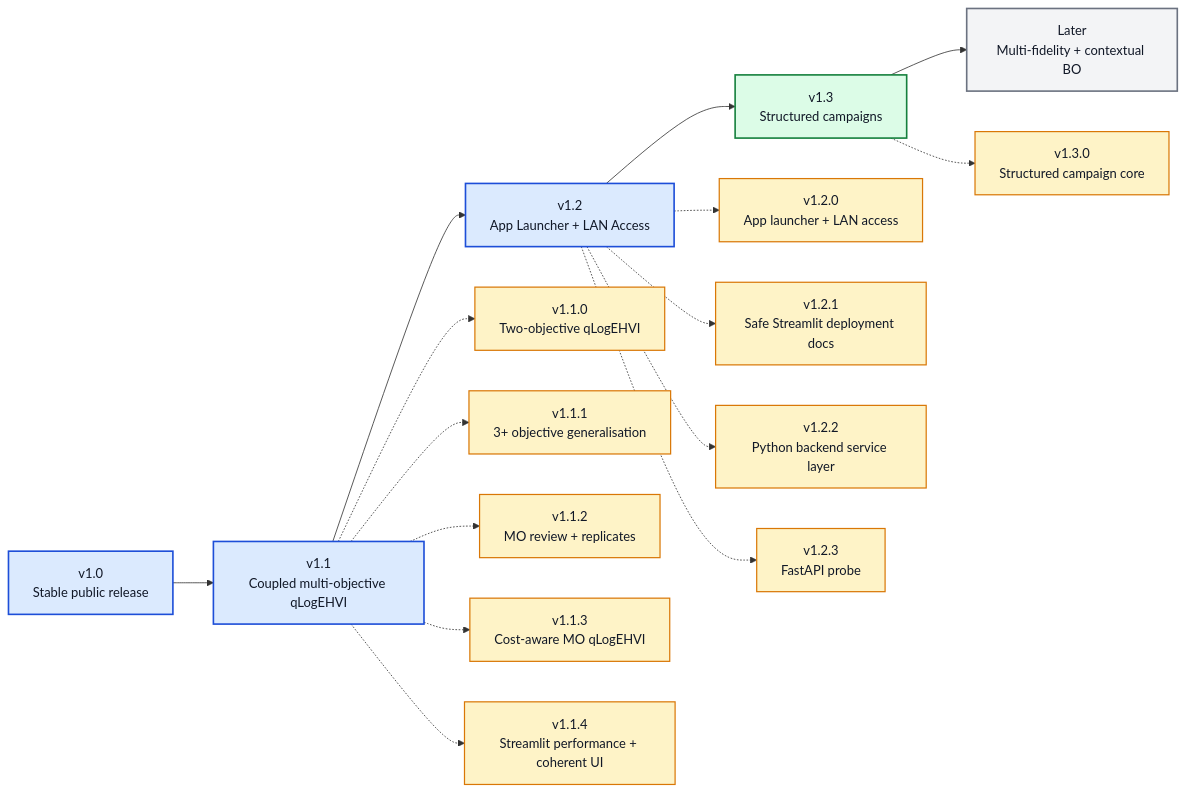
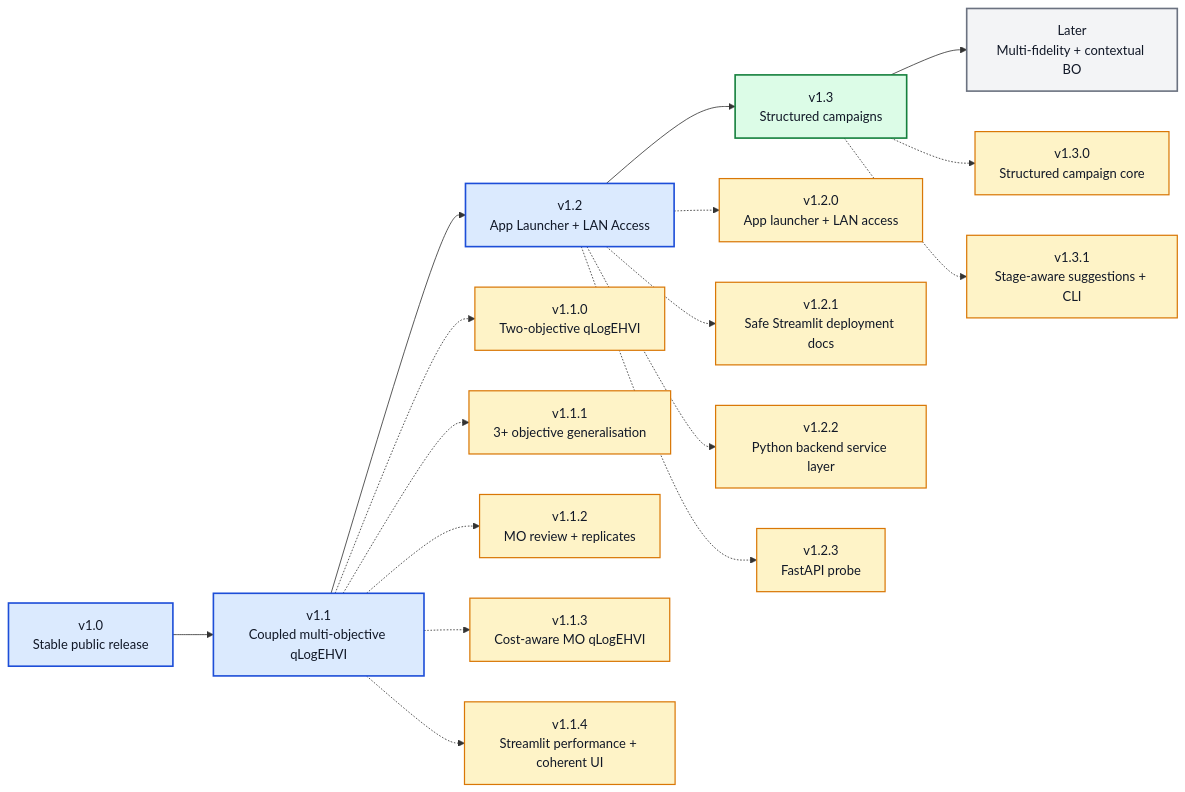
Before and after one commit to angzeli/bo-forge: the diagram in ROADMAP_V1_X.md, drawn with Mermaid. The commit also changed other lines of this file and 24 other files, not shown here.

Commit message:
v1.3.1 update: stage-aware suggestions

````diff
--- a/ROADMAP_V1_X.md
+++ b/ROADMAP_V1_X.md
@@ -7,36 +7,38 @@
 ```mermaid
 flowchart LR
     v10["v1.0<br/>Stable public release"] --> v11["v1.1<br/>Coupled multi-objective qLogEHVI"] --> v12["v1.2<br/>App Launcher + LAN Access"] --> v13["v1.3<br/>Structured campaigns"] --> later["Later<br/>Multi-fidelity + contextual BO"]
 
     v110["v1.1.0<br/>Two-objective qLogEHVI"]
     v111["v1.1.1<br/>3+ objective generalisation"]
     v112["v1.1.2<br/>MO review + replicates"]
     v113["v1.1.3<br/>Cost-aware MO qLogEHVI"]
     v114["v1.1.4<br/>Streamlit performance + coherent UI"]
     v120["v1.2.0<br/>App launcher + LAN access"]
     v121["v1.2.1<br/>Safe Streamlit deployment docs"]
     v122["v1.2.2<br/>Python backend service layer"]
     v123["v1.2.3<br/>FastAPI probe"]
     v130["v1.3.0<br/>Structured campaign core"]
+    v131["v1.3.1<br/>Stage-aware suggestions + CLI"]
     
     v11 -.-> v110
     v11 -.-> v111
     v11 -.-> v112
     v11 -.-> v113
     v11 -.-> v114
     v12 -.-> v120
     v12 -.-> v121
     v12 -.-> v122
     v12 -.-> v123
     v13 -.-> v130
+    v13 -.-> v131
 
     class v10,v11,v12 majorDone
     class v13 majorActive
     class later majorFuture
-    class v110,v111,v112,v113,v114,v120,v121,v122,v123,v130 patchDone
+    class v110,v111,v112,v113,v114,v120,v121,v122,v123,v130,v131 patchDone
 
     classDef majorDone fill:#dbeafe,stroke:#1d4ed8,stroke-width:2px,color:#111827;
     classDef majorActive fill:#dcfce7,stroke:#15803d,stroke-width:2px,color:#111827;
     classDef majorFuture fill:#f3f4f6,stroke:#6b7280,stroke-width:2px,color:#111827;
     classDef patchDone fill:#fef3c7,stroke:#d97706,stroke-width:1.5px,color:#111827;
 ```
````
